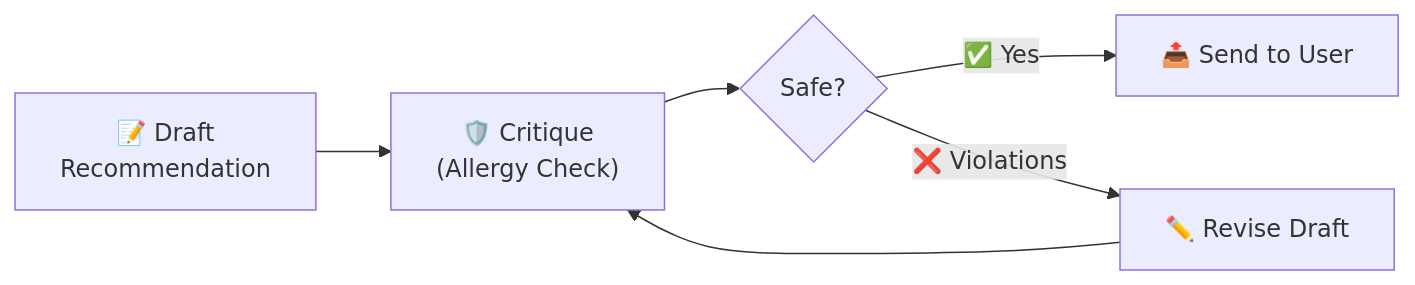
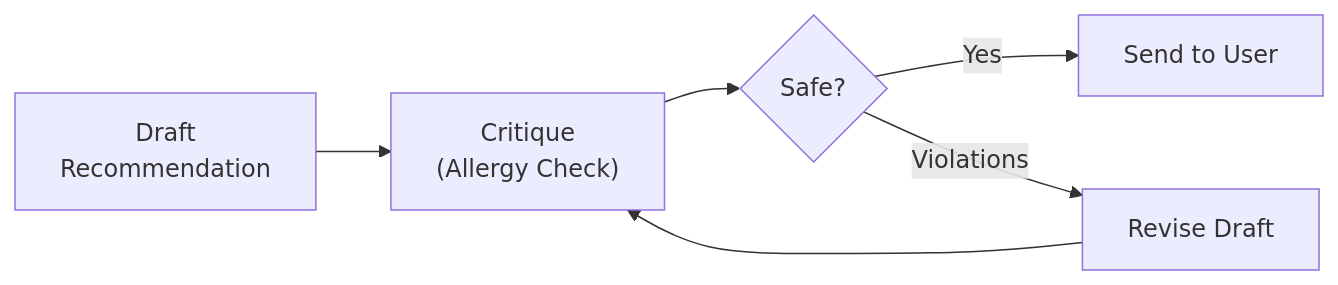
One commit to AsinduDeSilva/kapruka-gift-concierge changed the second of 4 diagrams in README.md. Above: the diagram before and after it, drawn with Mermaid. The commit also changed other lines of this file and 3 other files, not shown here.

````diff
--- a/README.md
+++ b/README.md
@@ -79,8 +79,8 @@
 ```mermaid
 flowchart LR
-    A["📝 Draft<br/>Recommendation"] --> B["🛡️ Critique<br/>(Allergy Check)"]
+    A["Draft<br/>Recommendation"] --> B["Critique<br/>(Allergy Check)"]
     B --> C{Safe?}
-    C -->|"✅ Yes"| D["📤 Send to User"]
-    C -->|"❌ Violations"| E["✏️ Revise Draft"]
+    C -->|"Yes"| D["Send to User"]
+    C -->|"Violations"| E["Revise Draft"]
     E --> B
 ```
````
